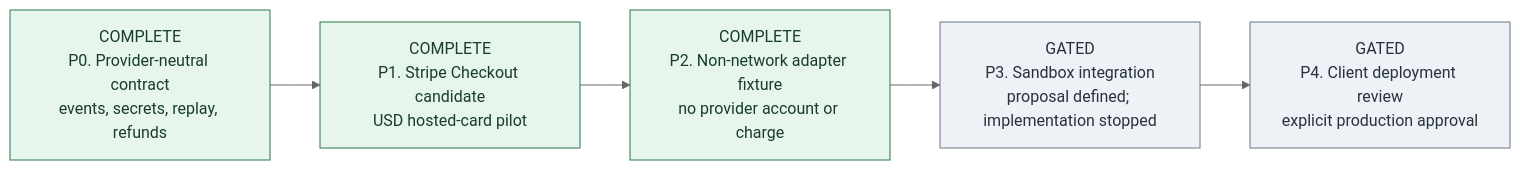
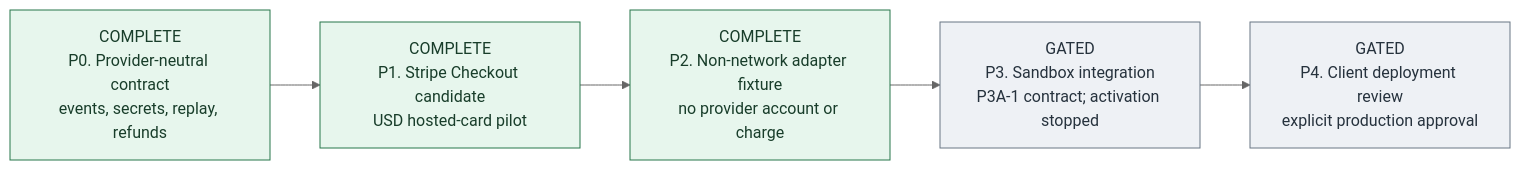
The third of 3 diagrams in docs/ADD-ON-PLATFORM-STATUS.md (orojas01-glitch/redcms), drawn with Mermaid (neutral theme) before and after one commit. The commit also changed other lines of this file and 11 other files, not shown here.

````diff
--- a/docs/ADD-ON-PLATFORM-STATUS.md
+++ b/docs/ADD-ON-PLATFORM-STATUS.md
@@ -94,15 +94,15 @@
 ```mermaid
 flowchart LR
     P0["COMPLETE<br/>P0. Provider-neutral contract<br/>events, secrets, replay, refunds"]
     P1["COMPLETE<br/>P1. Stripe Checkout candidate<br/>USD hosted-card pilot"]
     P2["COMPLETE<br/>P2. Non-network adapter fixture<br/>no provider account or charge"]
-    P3["GATED<br/>P3. Sandbox integration<br/>proposal defined; implementation stopped"]
+    P3["GATED<br/>P3. Sandbox integration<br/>P3A-1 contract; activation stopped"]
     P4["GATED<br/>P4. Client deployment review<br/>explicit production approval"]
 
     P0 --> P1 --> P2 --> P3 --> P4
 
     classDef complete fill:#e7f6ed,stroke:#27764a,color:#183d2a;
     classDef gated fill:#eef1f5,stroke:#697684,color:#26323d;
     class P0,P1,P2 complete;
     class P3,P4 gated;
 ```
````
